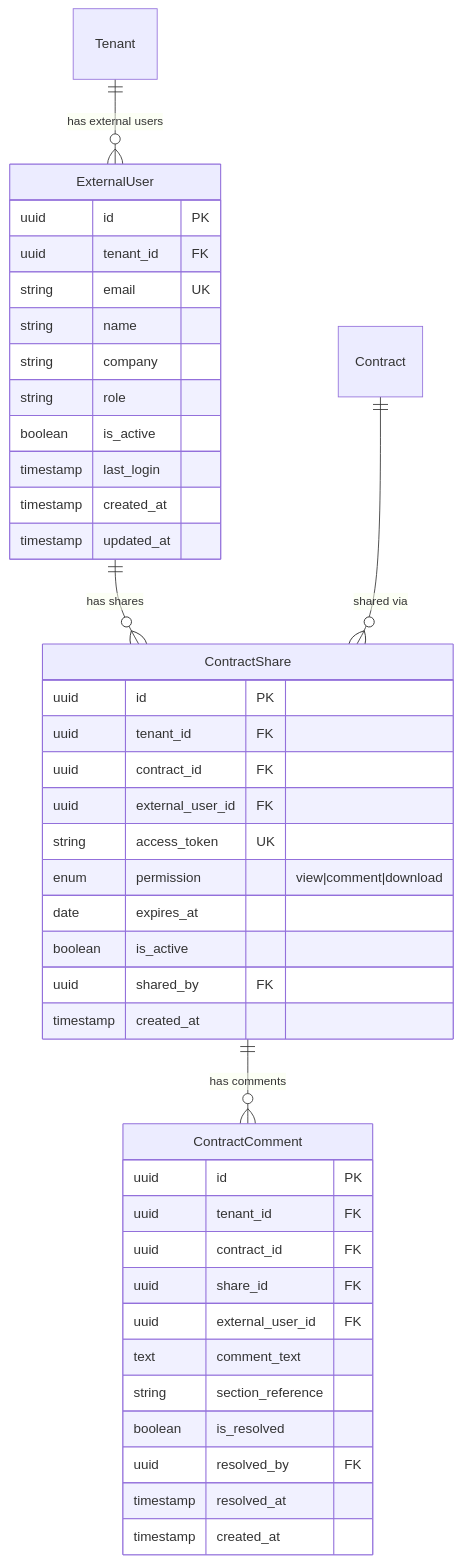
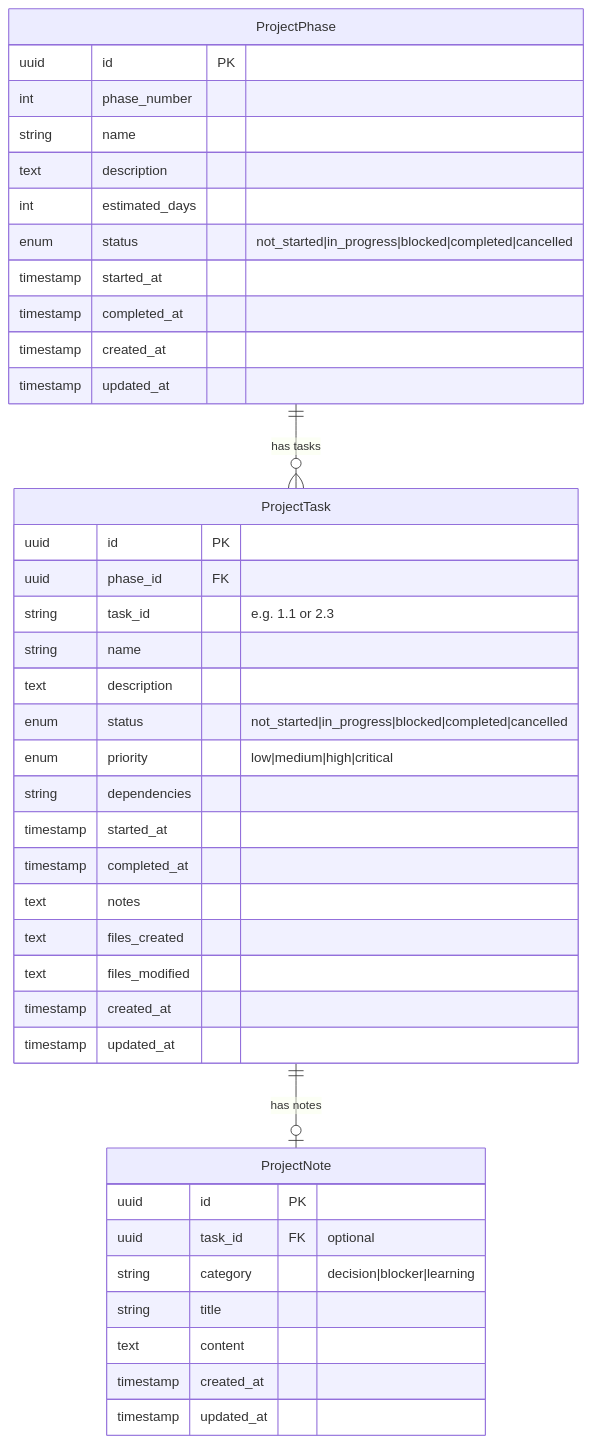
Before and after one commit to jjayarajdev/clm-evaluetor: diagram 46 of 51 in docs/DATA_MODEL.md, drawn with Mermaid. The commit also changed other lines of this file and 19 other files, not shown here.

````diff
--- a/docs/DATA_MODEL.md
+++ b/docs/DATA_MODEL.md
@@ -1070,47 +1971,46 @@
 ```mermaid
 erDiagram
-    Tenant ||--o{ ExternalUser : "has external users"
-    ExternalUser ||--o{ ContractShare : "has shares"
-    Contract ||--o{ ContractShare : "shared via"
-    ContractShare ||--o{ ContractComment : "has comments"
+    ProjectPhase ||--o{ ProjectTask : "has tasks"
+    ProjectTask ||--o| ProjectNote : "has notes"
 
-    ExternalUser {
+    ProjectPhase {
         uuid id PK
-        uuid tenant_id FK
-        string email UK
+        int phase_number
         string name
-        string company
-        string role
-        boolean is_active
-        timestamp last_login
+        text description
+        int estimated_days
+        enum status "not_started|in_progress|blocked|completed|cancelled"
+        timestamp started_at
+        timestamp completed_at
         timestamp created_at
         timestamp updated_at
     }
 
-    ContractShare {
+    ProjectTask {
         uuid id PK
-        uuid tenant_id FK
-        uuid contract_id FK
-        uuid external_user_id FK
-        string access_token UK
-        enum permission "view|comment|download"
-        date expires_at
-        boolean is_active
-        uuid shared_by FK
+        uuid phase_id FK
+        string task_id "e.g. 1.1 or 2.3"
+        string name
+        text description
+        enum status "not_started|in_progress|blocked|completed|cancelled"
+        enum priority "low|medium|high|critical"
+        string dependencies
+        timestamp started_at
+        timestamp completed_at
+        text notes
+        text files_created
+        text files_modified
         timestamp created_at
+        timestamp updated_at
     }
 
-    ContractComment {
+    ProjectNote {
         uuid id PK
-        uuid tenant_id FK
-        uuid contract_id FK
-        uuid share_id FK
-        uuid external_user_id FK
-        text comment_text
-        string section_reference
-        boolean is_resolved
-        uuid resolved_by FK
-        timestamp resolved_at
+        uuid task_id FK "optional"
+        string category "decision|blocker|learning"
+        string title
+        text content
         timestamp created_at
+        timestamp updated_at
     }
 ```
````
